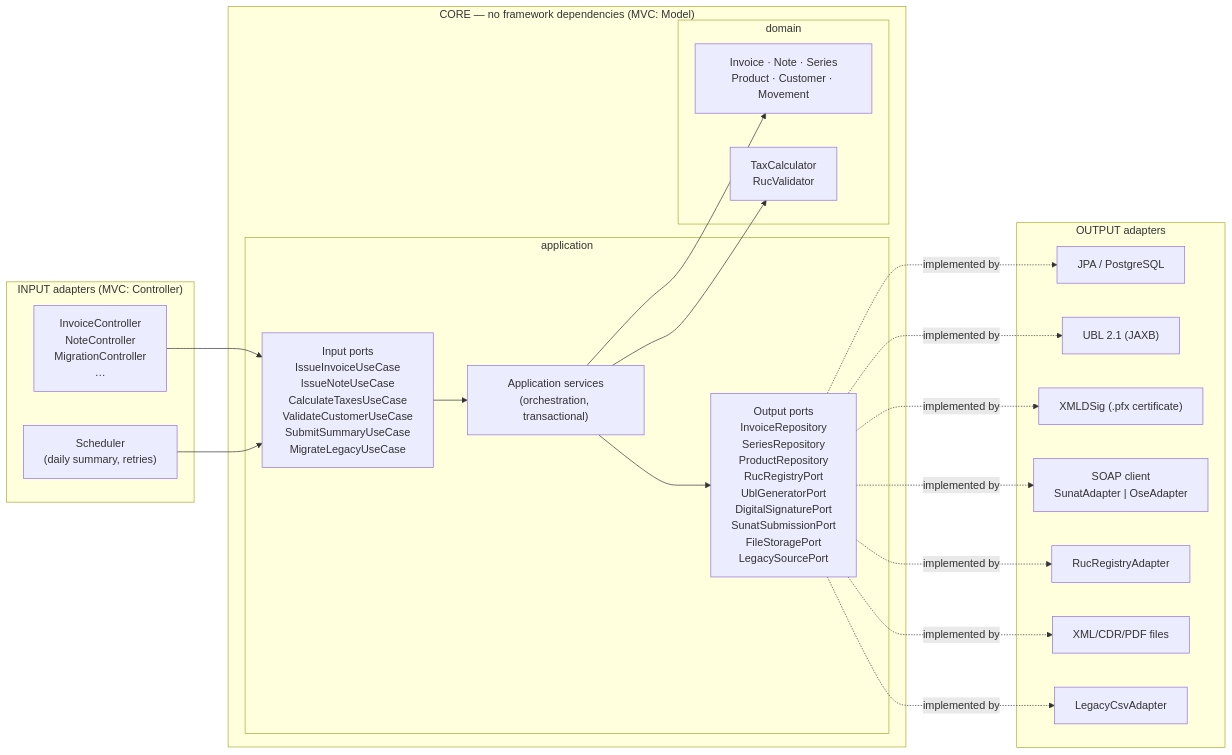
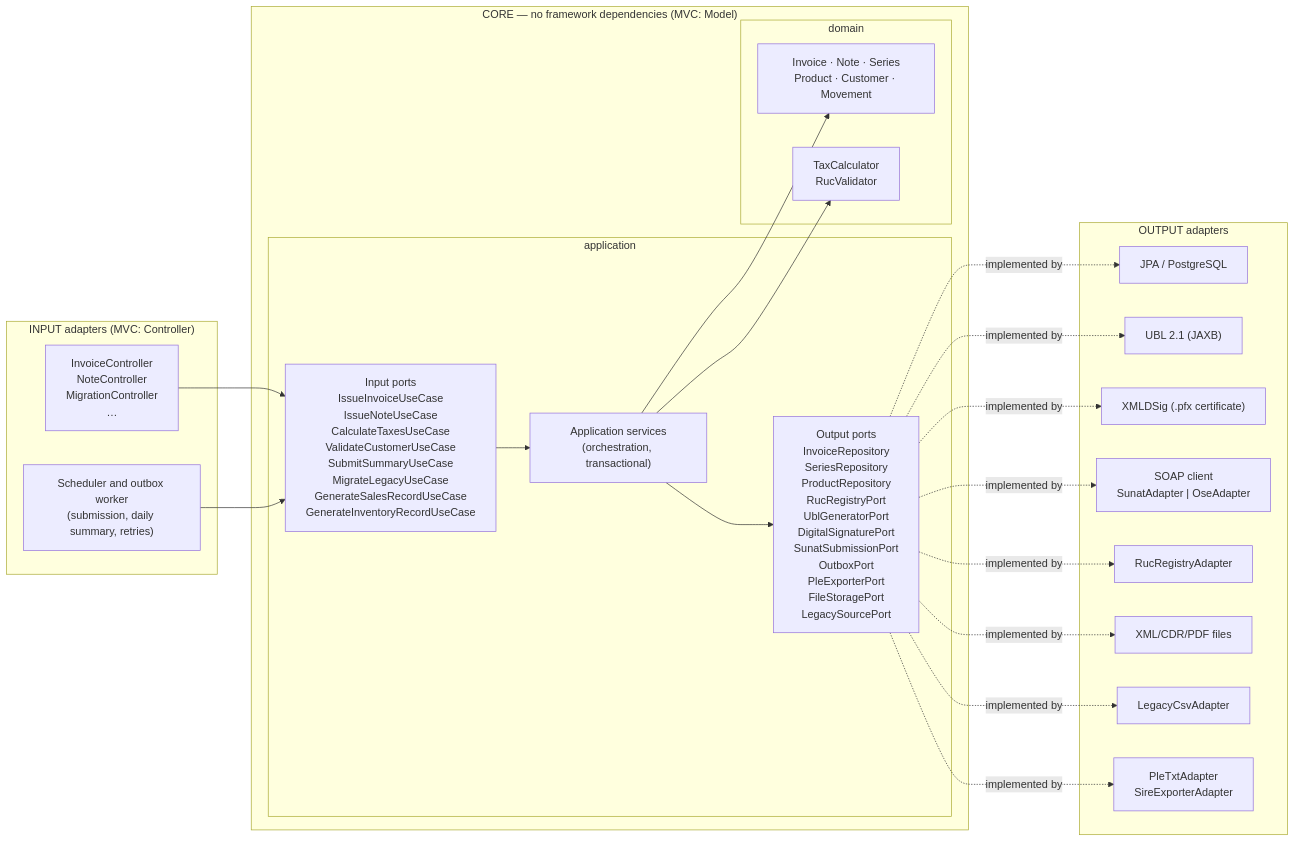
The third of 5 diagrams in docs/03-architecture.md (crissdav/medio-curso-davila), drawn with Mermaid before and after one commit. The commit also changed other lines of this file and 48 other files, not shown here.

````diff
--- a/docs/03-architecture.md
+++ b/docs/03-architecture.md
@@ -81,42 +81,44 @@
 ```mermaid
 flowchart LR
     subgraph IN["INPUT adapters (MVC: Controller)"]
         rest["InvoiceController<br/>NoteController<br/>MigrationController<br/>…"]
-        sched["Scheduler<br/>(daily summary, retries)"]
+        sched["Scheduler and outbox worker<br/>(submission, daily summary, retries)"]
     end
 
     subgraph CORE["CORE — no framework dependencies (MVC: Model)"]
         subgraph APP["application"]
-            pin["Input ports<br/>IssueInvoiceUseCase<br/>IssueNoteUseCase<br/>CalculateTaxesUseCase<br/>ValidateCustomerUseCase<br/>SubmitSummaryUseCase<br/>MigrateLegacyUseCase"]
+            pin["Input ports<br/>IssueInvoiceUseCase<br/>IssueNoteUseCase<br/>CalculateTaxesUseCase<br/>ValidateCustomerUseCase<br/>SubmitSummaryUseCase<br/>MigrateLegacyUseCase<br/>GenerateSalesRecordUseCase<br/>GenerateInventoryRecordUseCase"]
             svc["Application services<br/>(orchestration, transactional)"]
-            pout["Output ports<br/>InvoiceRepository<br/>SeriesRepository<br/>ProductRepository<br/>RucRegistryPort<br/>UblGeneratorPort<br/>DigitalSignaturePort<br/>SunatSubmissionPort<br/>FileStoragePort<br/>LegacySourcePort"]
+            pout["Output ports<br/>InvoiceRepository<br/>SeriesRepository<br/>ProductRepository<br/>RucRegistryPort<br/>UblGeneratorPort<br/>DigitalSignaturePort<br/>SunatSubmissionPort<br/>OutboxPort<br/>PleExporterPort<br/>FileStoragePort<br/>LegacySourcePort"]
         end
         subgraph DOM["domain"]
             ent["Invoice · Note · Series<br/>Product · Customer · Movement"]
             ds["TaxCalculator<br/>RucValidator"]
         end
         pin --> svc --> ent
         svc --> ds
         svc --> pout
     end
 
     subgraph OUT["OUTPUT adapters"]
         jpa["JPA / PostgreSQL"]
         ubl["UBL 2.1 (JAXB)"]
         sig["XMLDSig (.pfx certificate)"]
         soap["SOAP client<br/>SunatAdapter | OseAdapter"]
         reg["RucRegistryAdapter"]
         fs["XML/CDR/PDF files"]
         leg["LegacyCsvAdapter"]
+        ple["PleTxtAdapter<br/>SireExporterAdapter"]
     end
 
     rest --> pin
     sched --> pin
     pout -. implemented by .-> jpa
     pout -. implemented by .-> ubl
     pout -. implemented by .-> sig
     pout -. implemented by .-> soap
     pout -. implemented by .-> reg
     pout -. implemented by .-> fs
     pout -. implemented by .-> leg
+    pout -. implemented by .-> ple
 ```
````
